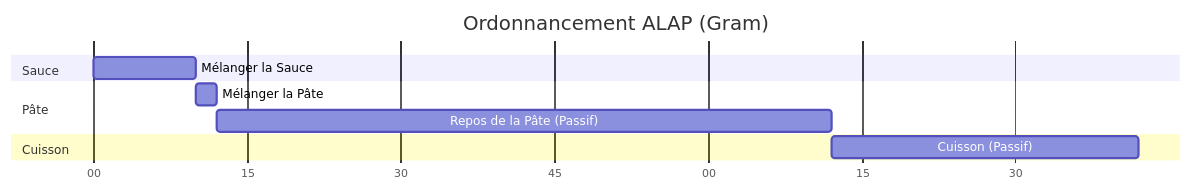
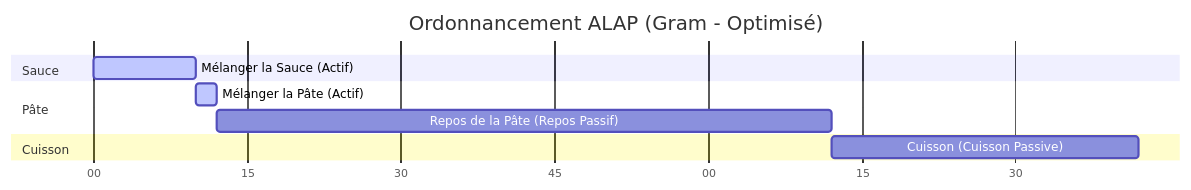
One commit to gram-lang/gram changed the second of 3 diagrams in packages/docs/src/fr/explanation/alap-scheduling.md. Above: the diagram before and after it, drawn with Mermaid. The commit also changed other lines of this file and 8 other files, not shown here.

Commit message:
docs: update and add mermaid diagrams across documentation

````diff
--- a/packages/docs/src/fr/explanation/alap-scheduling.md
+++ b/packages/docs/src/fr/explanation/alap-scheduling.md
@@ -47,16 +47,16 @@
 ```mermaid
 gantt
-    title Ordonnancement ALAP (Gram)
+    title Ordonnancement ALAP (Gram - Optimisé)
     dateFormat  m
     axisFormat %M
     
     section Sauce
-    Mélanger la Sauce : b1, 0, 10m
+    Mélanger la Sauce (Actif)           : active, b1, 0, 10m
     
     section Pâte
-    Mélanger la Pâte : b2, after b1, 2m
-    Repos de la Pâte (Passif) : b3, after b2, 60m
+    Mélanger la Pâte (Actif)            : active, b2, after b1, 2m
+    Repos de la Pâte (Repos Passif)     : b3, after b2, 60m
     
     section Cuisson
-    Cuisson (Passif) : b4, after b3, 30m
+    Cuisson (Cuisson Passive)           : b4, after b3, 30m
 ```
````
